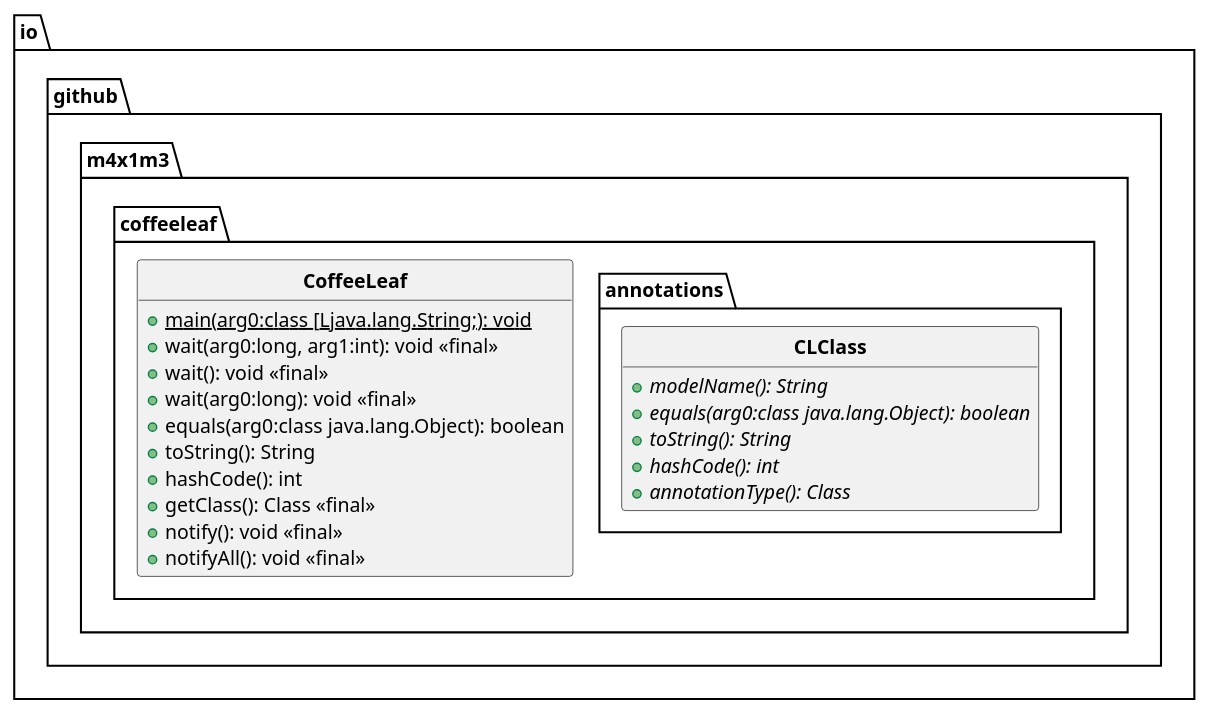
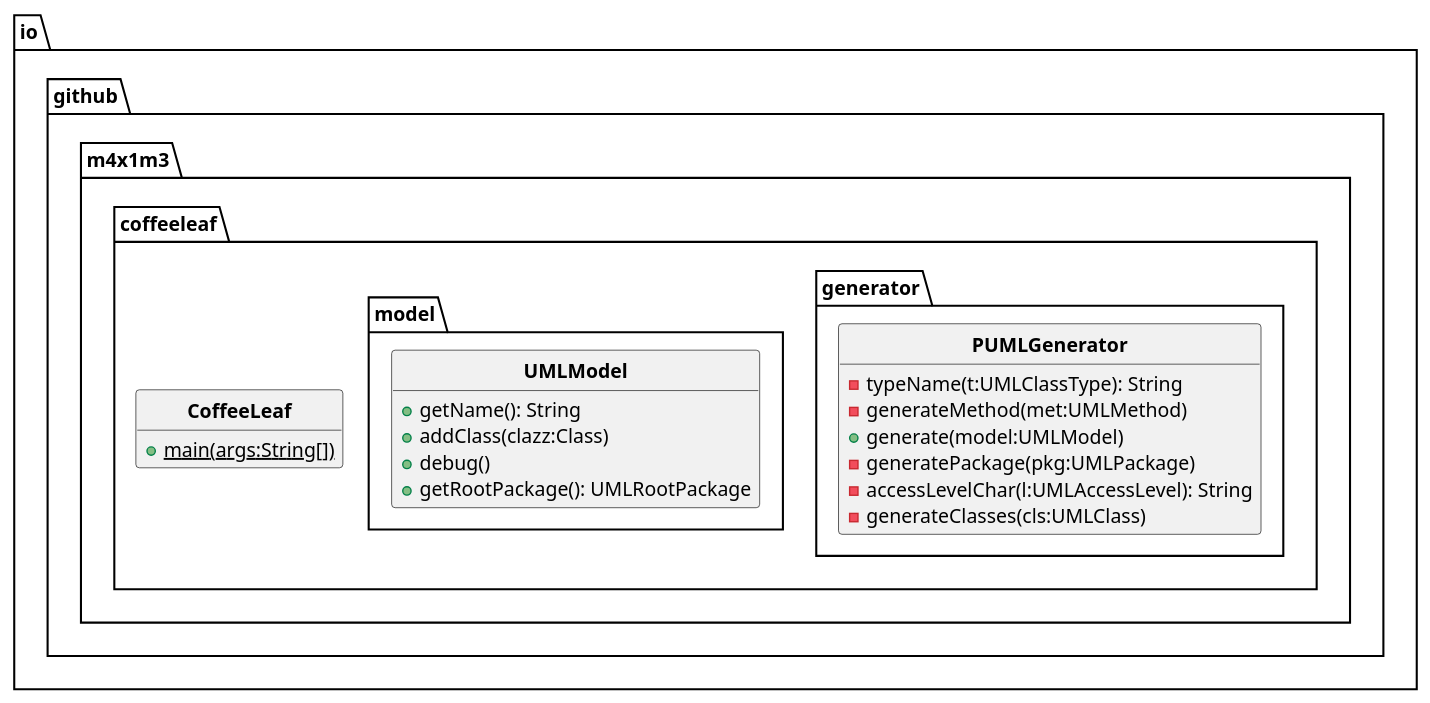
The diagram in src/main/uml/model.puml (M4xi1m3/coffeeleaf), drawn with PlantUML before and after one commit. The commit also changed 5 other files, not shown here.

```diff
--- a/src/main/uml/model.puml
+++ b/src/main/uml/model.puml
@@ -19,34 +19,33 @@
 @startuml
 'https://plantuml.com/sequence-diagram
 skinparam classFontStyle Bold
 skinparam style strictuml
 
 hide empty members
 
 package io.github.m4x1m3.coffeeleaf {
-package io.github.m4x1m3.coffeeleaf.annotations {
-annotation io.github.m4x1m3.coffeeleaf.annotations.CLClass {
-+{abstract} modelName(): String
-+{abstract} equals(arg0:class java.lang.Object): boolean
-+{abstract} toString(): String
-+{abstract} hashCode(): int
-+{abstract} annotationType(): Class
+package io.github.m4x1m3.coffeeleaf.generator {
+class io.github.m4x1m3.coffeeleaf.generator.PUMLGenerator {
+-typeName(t:UMLClassType): String
+-generateMethod(met:UMLMethod)
++generate(model:UMLModel)
+-generatePackage(pkg:UMLPackage)
+-accessLevelChar(l:UMLAccessLevel): String
+-generateClasses(cls:UMLClass)
+}
+}
+package io.github.m4x1m3.coffeeleaf.model {
+class io.github.m4x1m3.coffeeleaf.model.UMLModel {
++getName(): String
++addClass(clazz:Class)
++debug()
++getRootPackage(): UMLRootPackage
 }
 }
 class io.github.m4x1m3.coffeeleaf.CoffeeLeaf {
-+{static} main(arg0:class [Ljava.lang.String;): void
-+wait(arg0:long, arg1:int): void <<final>>
-+wait(): void <<final>>
-+wait(arg0:long): void <<final>>
-+equals(arg0:class java.lang.Object): boolean
-+toString(): String
-+hashCode(): int
-+getClass(): Class <<final>>
-+notify(): void <<final>>
-+notifyAll(): void <<final>>
++{static} main(args:String[])
 }
 }
 
 
-
 @enduml
```
